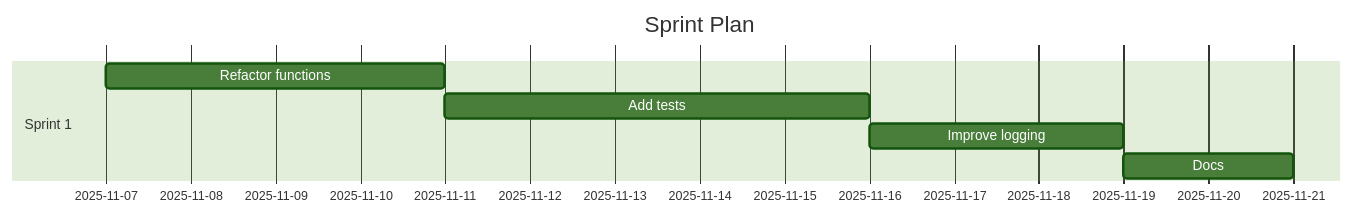
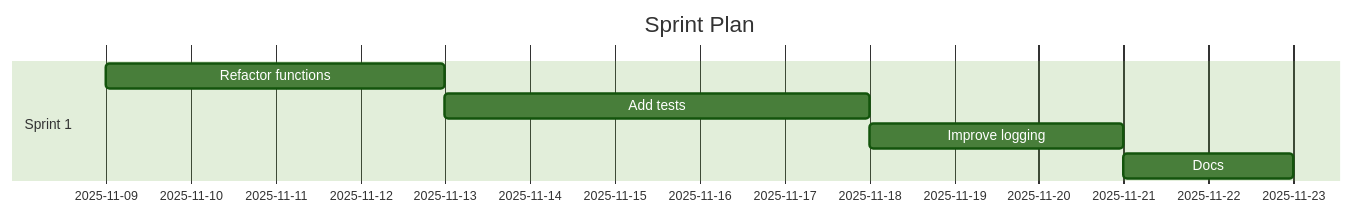
Before and after one commit to Anselmoo/mcp-ai-agent-guidelines: the diagram in demos/demo-code-analysis.sprint.md, drawn with Mermaid (forest theme). The commit also changed other lines of this file and 37 other files, not shown here.

````diff
--- a/demos/demo-code-analysis.sprint.md
+++ b/demos/demo-code-analysis.sprint.md
@@ -59,11 +59,11 @@
 ```mermaid
 gantt
 	dateFormat  YYYY-MM-DD
 	title Sprint Plan
 %% Accessibility: Title=Project Sprint Plan; Description=Gantt chart of sprints and tasks over time. %%
   section Sprint 1
-  Refactor functions :s1t0, 2025-11-07, 4d
-  Add tests :s1t1, 2025-11-11, 5d
-  Improve logging :s1t2, 2025-11-16, 3d
-  Docs :s1t3, 2025-11-19, 2d
+  Refactor functions :s1t0, 2025-11-09, 4d
+  Add tests :s1t1, 2025-11-13, 5d
+  Improve logging :s1t2, 2025-11-18, 3d
+  Docs :s1t3, 2025-11-21, 2d
 ```
````
